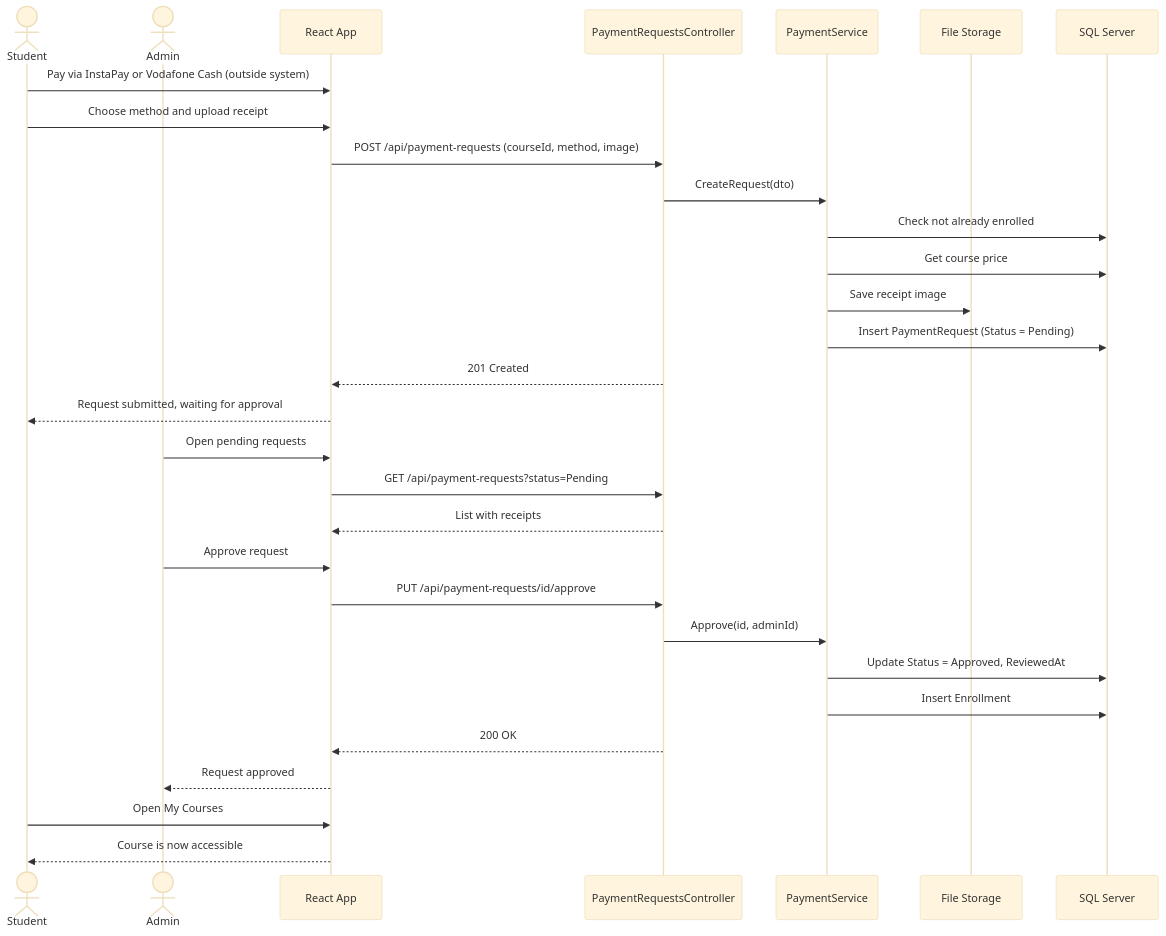
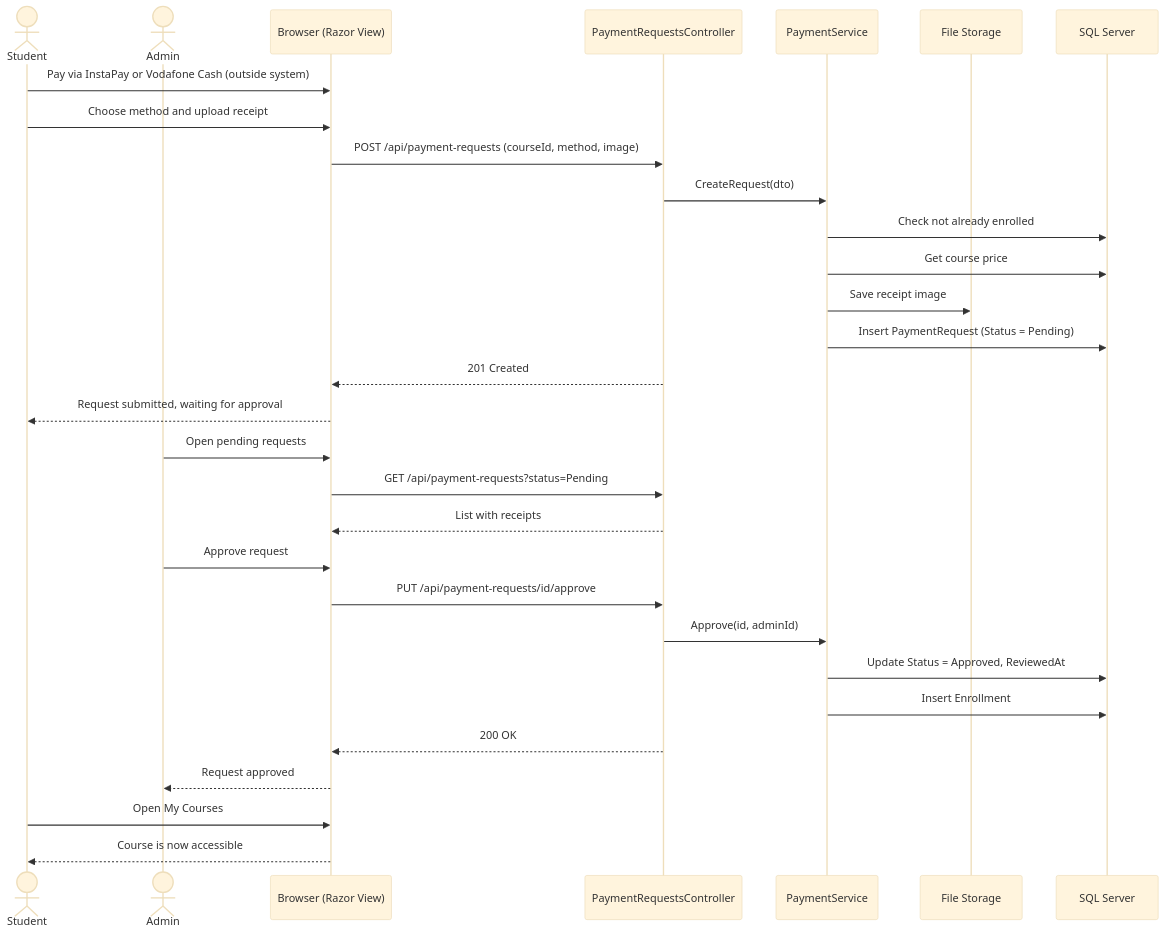
The second of 3 diagrams in docs/4-analysis-design/07-sequence-diagrams.md (MohamedHany1n/Educational-Platform), drawn with Mermaid (base theme) before and after one commit. The commit also changed other lines of this file and 217 other files, not shown here.

````diff
--- a/docs/4-analysis-design/07-sequence-diagrams.md
+++ b/docs/4-analysis-design/07-sequence-diagrams.md
@@ -32,34 +32,34 @@
 ```mermaid
 sequenceDiagram
     actor S as Student
     actor A as Admin
-    participant FE as React App
+    participant FE as Browser (Razor View)
     participant API as PaymentRequestsController
     participant SV as PaymentService
     participant FS as File Storage
     participant DB as SQL Server
 
     S->>FE: Pay via InstaPay or Vodafone Cash (outside system)
     S->>FE: Choose method and upload receipt
     FE->>API: POST /api/payment-requests (courseId, method, image)
     API->>SV: CreateRequest(dto)
     SV->>DB: Check not already enrolled
     SV->>DB: Get course price
     SV->>FS: Save receipt image
     SV->>DB: Insert PaymentRequest (Status = Pending)
     API-->>FE: 201 Created
     FE-->>S: Request submitted, waiting for approval
 
     A->>FE: Open pending requests
     FE->>API: GET /api/payment-requests?status=Pending
     API-->>FE: List with receipts
     A->>FE: Approve request
     FE->>API: PUT /api/payment-requests/id/approve
     API->>SV: Approve(id, adminId)
     SV->>DB: Update Status = Approved, ReviewedAt
     SV->>DB: Insert Enrollment
     API-->>FE: 200 OK
     FE-->>A: Request approved
     S->>FE: Open My Courses
     FE-->>S: Course is now accessible
 ```
````
